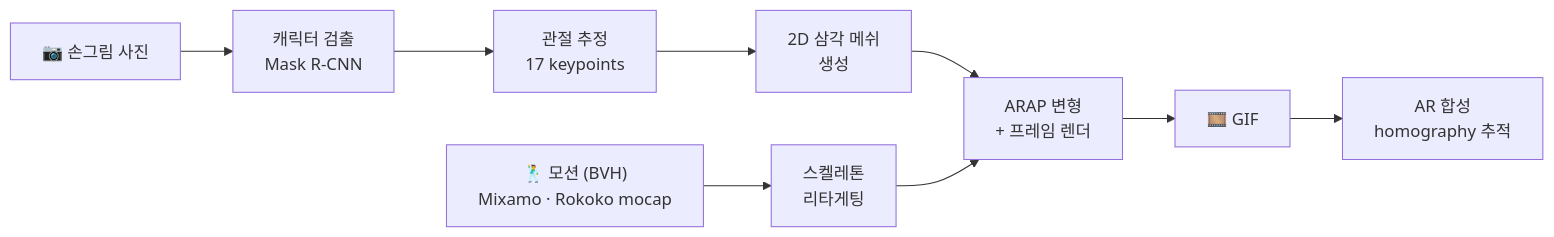
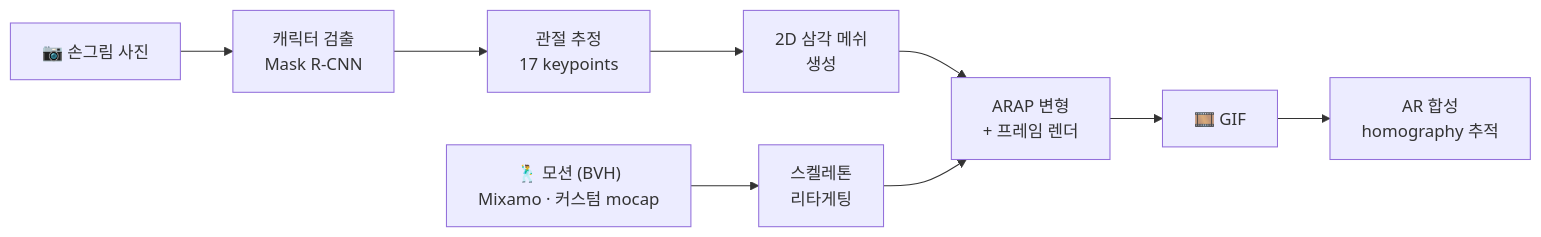
One commit to ingon1026/StickerBook changed the diagram in README.md. Above: the diagram before and after it, drawn with Mermaid. The commit also changed other lines of this file and 2 other files, not shown here.

Commit message:
docs: rewrite README in plain documentation style, focus on motion + custom mocap

````diff
--- a/README.md
+++ b/README.md
@@ -65,11 +18,11 @@
 ```mermaid
 flowchart LR
     A["📷 손그림 사진"] --> B["캐릭터 검출<br>Mask R-CNN"]
     B --> C["관절 추정<br>17 keypoints"]
     C --> D["2D 삼각 메쉬<br>생성"]
-    E["🕺 모션 (BVH)<br>Mixamo · Rokoko mocap"] --> F["스켈레톤<br>리타게팅"]
+    E["🕺 모션 (BVH)<br>Mixamo · 커스텀 mocap"] --> F["스켈레톤<br>리타게팅"]
     D --> G["ARAP 변형<br>+ 프레임 렌더"]
     F --> G
     G --> H["🎞️ GIF"]
     H --> I["AR 합성<br>homography 추적"]
 ```
````
